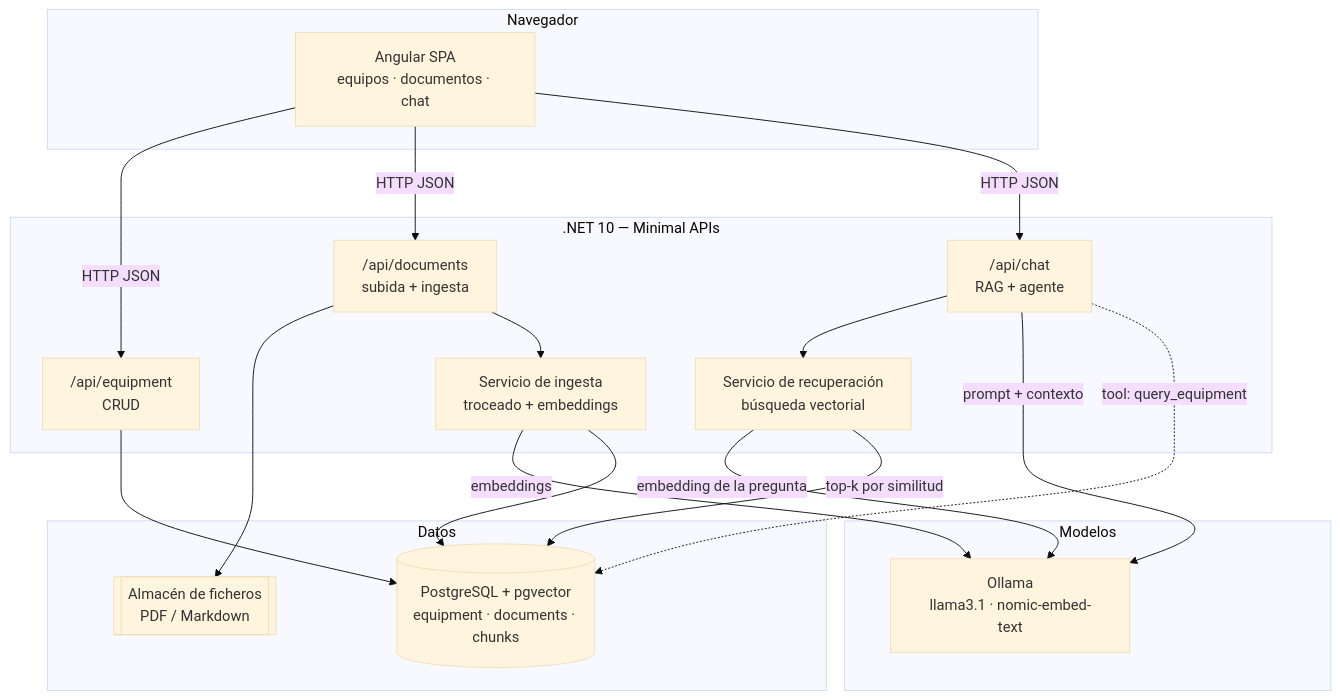
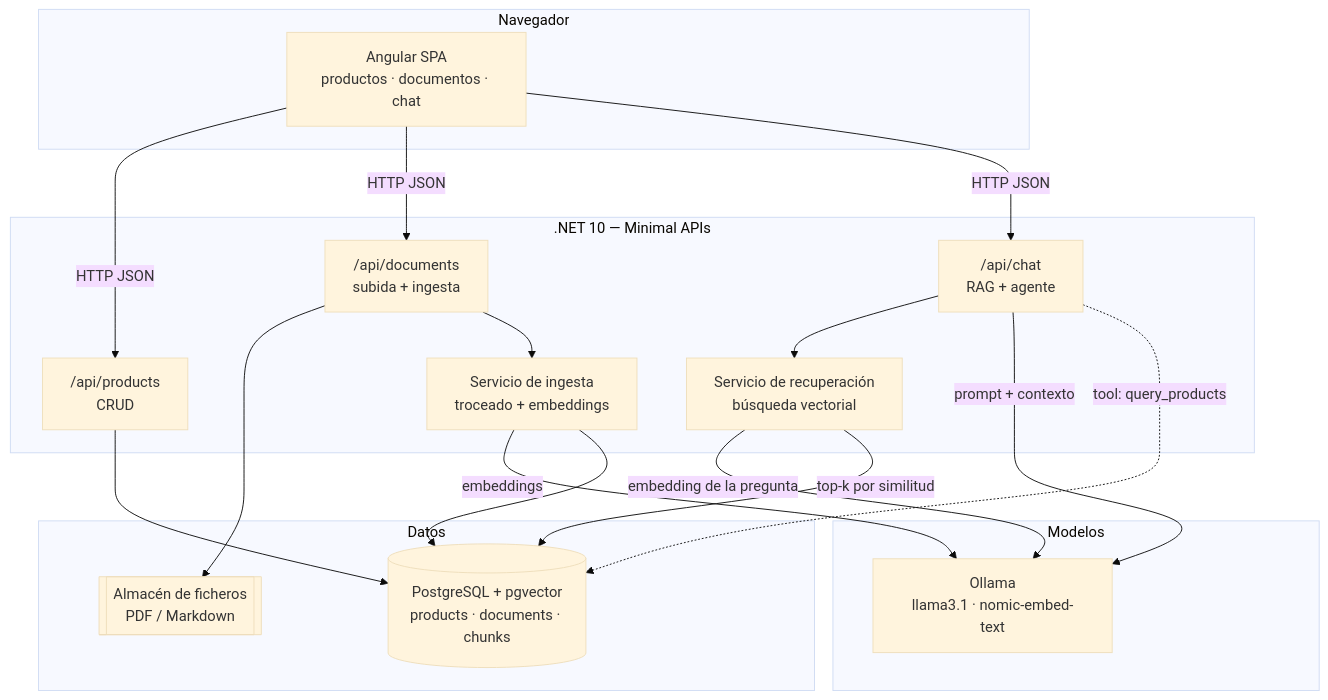
Before and after one commit to unaibermudez/proyect-Donet-Angular: the diagram in README.md, drawn with Mermaid (base theme). The commit also changed other lines of this file and 3 other files, not shown here.

````diff
--- a/README.md
+++ b/README.md
@@ -28,35 +30,35 @@
 ```mermaid
 flowchart TB
     subgraph browser["Navegador"]
-        UI["Angular SPA<br/>equipos · documentos · chat"]
+        UI["Angular SPA<br/>productos · documentos · chat"]
     end
 
     subgraph api[".NET 10 — Minimal APIs"]
-        EQ["/api/equipment<br/>CRUD"]
+        PRD["/api/products<br/>CRUD"]
         DOC["/api/documents<br/>subida + ingesta"]
         CHAT["/api/chat<br/>RAG + agente"]
         ING["Servicio de ingesta<br/>troceado + embeddings"]
         RET["Servicio de recuperación<br/>búsqueda vectorial"]
     end
 
     subgraph data["Datos"]
-        PG[("PostgreSQL + pgvector<br/>equipment · documents · chunks")]
+        PG[("PostgreSQL + pgvector<br/>products · documents · chunks")]
         FS[["Almacén de ficheros<br/>PDF / Markdown"]]
     end
 
     subgraph ai["Modelos"]
         OLL["Ollama<br/>llama3.1 · nomic-embed-text"]
     end
 
-    UI -->|HTTP JSON| EQ & DOC & CHAT
-    EQ --> PG
+    UI -->|HTTP JSON| PRD & DOC & CHAT
+    PRD --> PG
     DOC --> FS
     DOC --> ING
     ING -->|embeddings| OLL
     ING --> PG
     CHAT --> RET
     RET -->|embedding de la pregunta| OLL
     RET -->|top-k por similitud| PG
     CHAT -->|prompt + contexto| OLL
-    CHAT -.->|tool: query_equipment| PG
+    CHAT -.->|tool: query_products| PG
 ```
````
